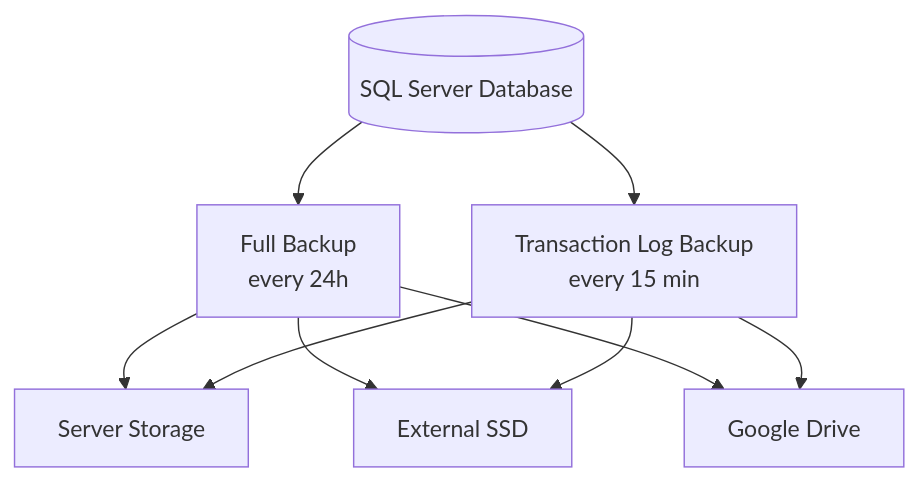
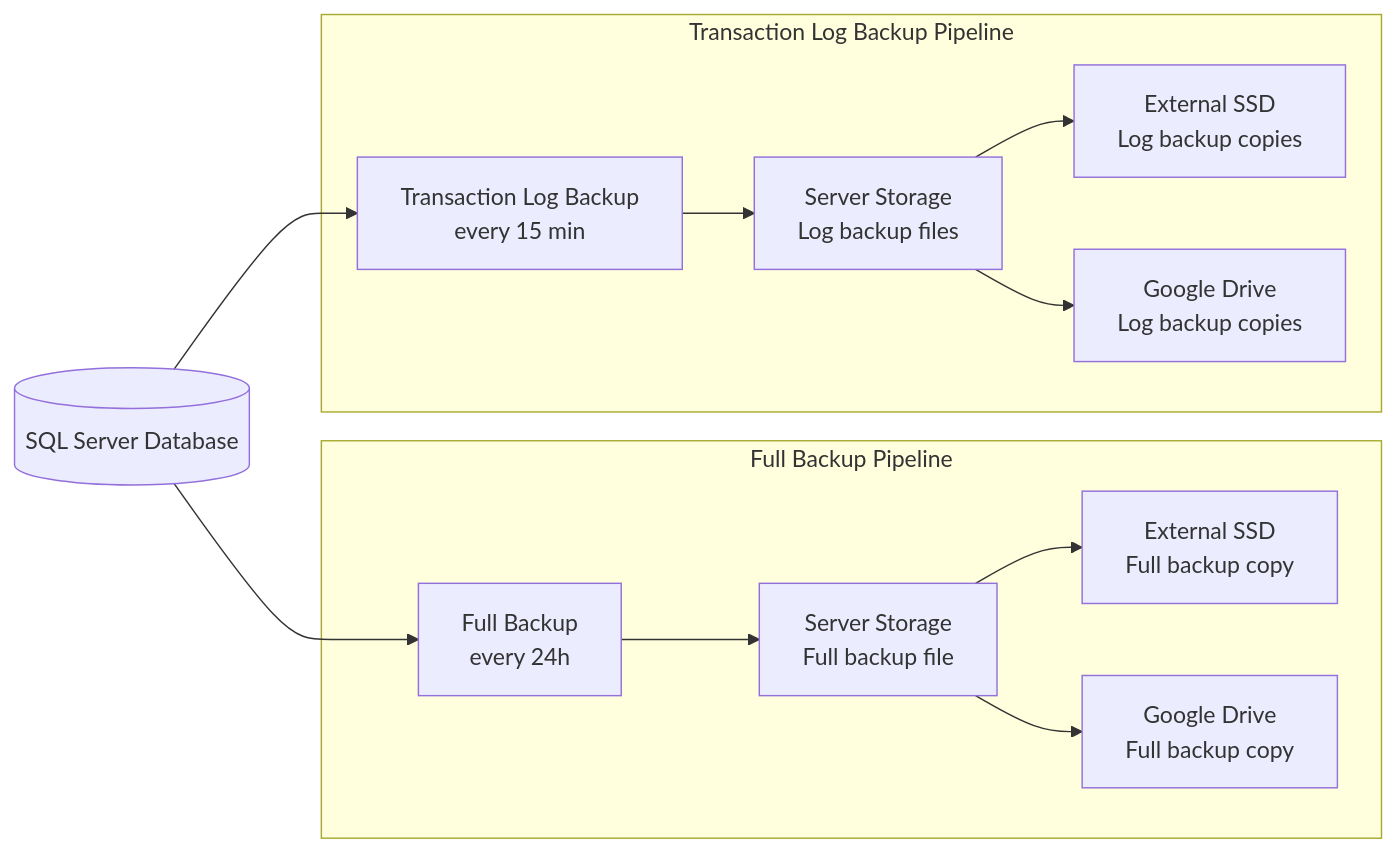
Before and after one commit to djole994/E-Raspored-docs: the second of 2 diagrams in README.md, drawn with Mermaid.

Commit message:
sdadasdasaa111

````diff
--- a/README.md
+++ b/README.md
@@ -154,22 +154,19 @@
 ```mermaid
-flowchart TD
+flowchart LR
     DB[(SQL Server Database)]
 
-    FB[Full Backup<br/>every 24h]
-    LB[Transaction Log Backup<br/>every 15 min]
+    DB --> FB[Full Backup<br/>every 24h]
+    DB --> LB[Transaction Log Backup<br/>every 15 min]
 
-    S1[Server Storage]
-    S2[External SSD]
-    S3[Google Drive]
+    subgraph FullPipeline[Full Backup Pipeline]
+        FB --> FServer[Server Storage<br/>Full backup file]
+        FServer --> FSSD[External SSD<br/>Full backup copy]
+        FServer --> FDrive[Google Drive<br/>Full backup copy]
+    end
 
-    DB --> FB
-    DB --> LB
-
-    FB --> S1
-    FB --> S2
-    FB --> S3
-
-    LB --> S1
-    LB --> S2
-    LB --> S3
+    subgraph LogPipeline[Transaction Log Backup Pipeline]
+        LB --> LServer[Server Storage<br/>Log backup files]
+        LServer --> LSSD[External SSD<br/>Log backup copies]
+        LServer --> LDrive[Google Drive<br/>Log backup copies]
+    end
 ```
````
